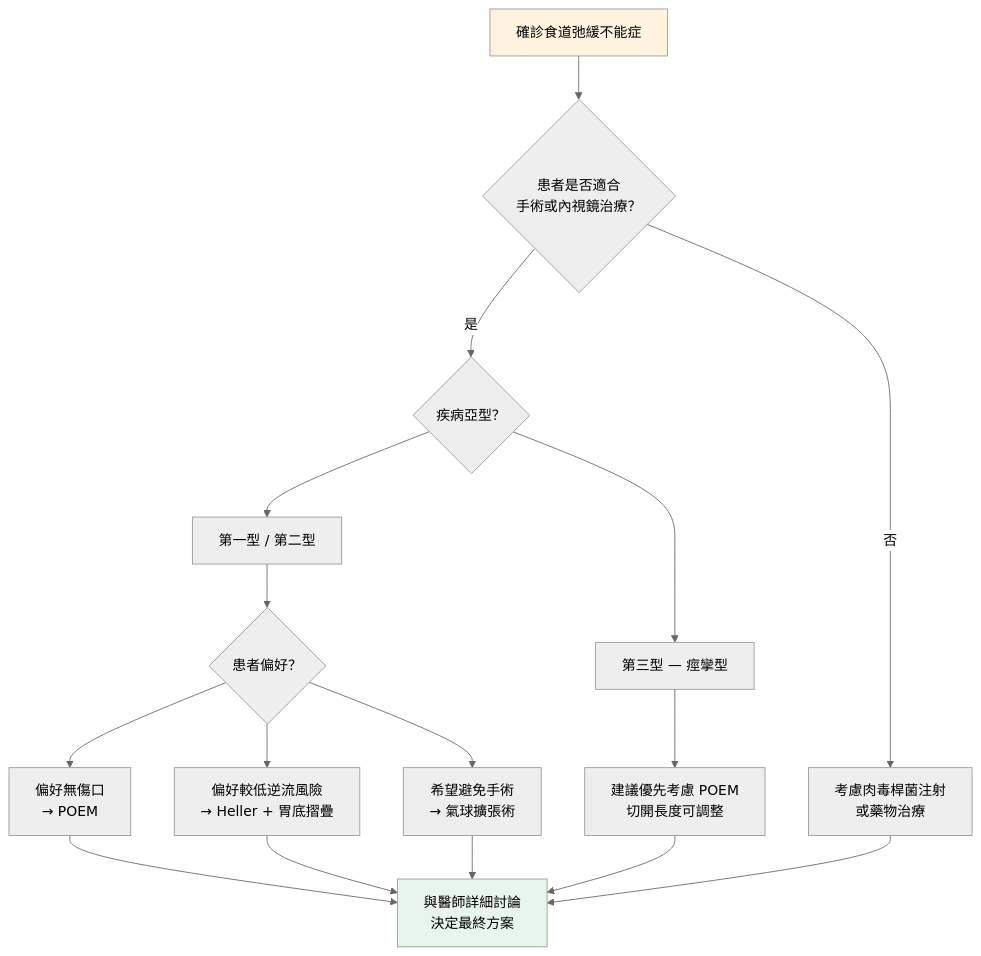
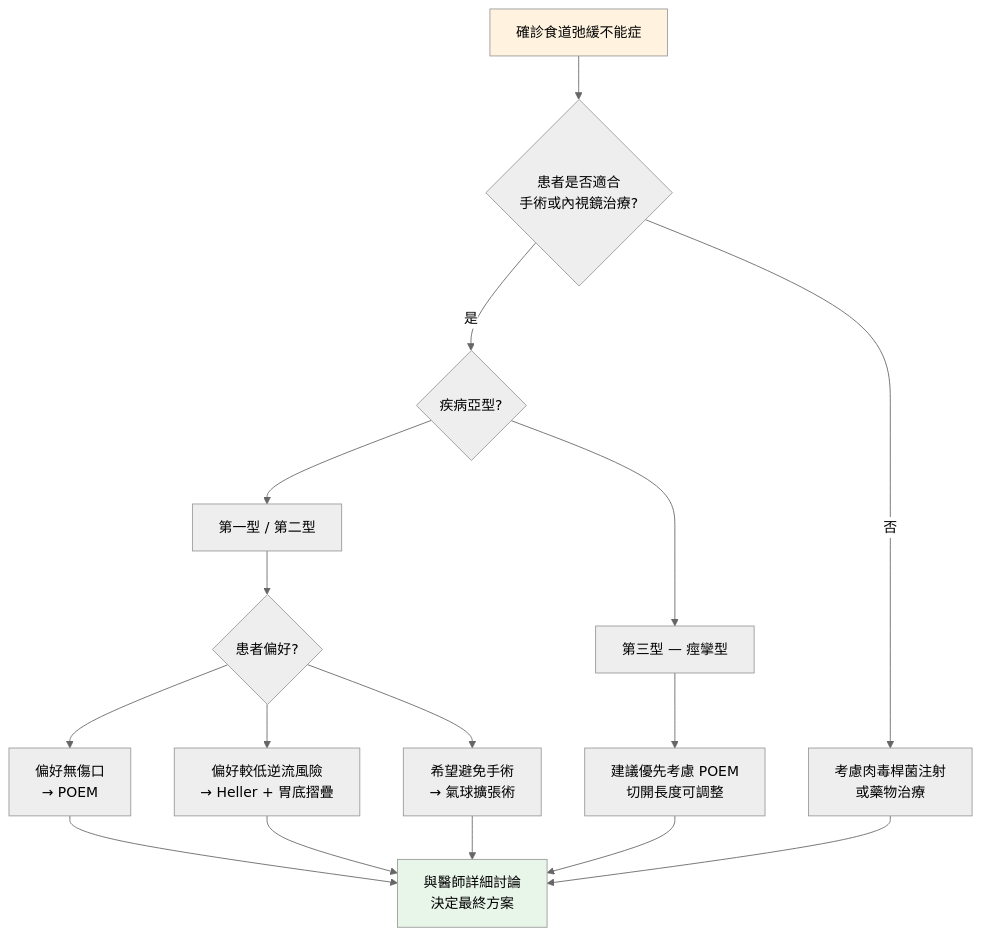
One commit to dontchangela-bit/esophageal-education changed the diagram in 食道弛緩不能症/一般版/03_治療方式.md. Above: the diagram before and after it, drawn with Mermaid (neutral theme). The commit also changed 59 other files, not shown here.

First line of the commit message:
Fix Mermaid v11.13 syntax errors across all esophageal files

````diff
--- a/食道弛緩不能症/一般版/03_治療方式.md
+++ b/食道弛緩不能症/一般版/03_治療方式.md
@@ -166,27 +166,27 @@
 ```mermaid
 flowchart TD
-    A[確診食道弛緩不能症] --> B{患者是否適合<br/>手術或內視鏡治療？}
+    A[確診食道弛緩不能症] --> B{患者是否適合<br/>手術或內視鏡治療?}
 
-    B -- 是 --> C{疾病亞型？}
+    B -- 是 --> C{疾病亞型?}
     B -- 否 --> D[考慮肉毒桿菌注射<br/>或藥物治療]
 
     C --> E[第一型 / 第二型]
     C --> F[第三型 — 痙攣型]
 
-    E --> G{患者偏好？}
+    E --> G{患者偏好?}
     G --> G1[偏好無傷口<br/>→ POEM]
     G --> G2[偏好較低逆流風險<br/>→ Heller + 胃底摺疊]
     G --> G3[希望避免手術<br/>→ 氣球擴張術]
 
     F --> H[建議優先考慮 POEM<br/>切開長度可調整]
 
     G1 --> I[與醫師詳細討論<br/>決定最終方案]
     G2 --> I
     G3 --> I
     H --> I
 
     D --> I
 
     style A fill:#FFF3E0
     style I fill:#E8F5E9
 ```
````
